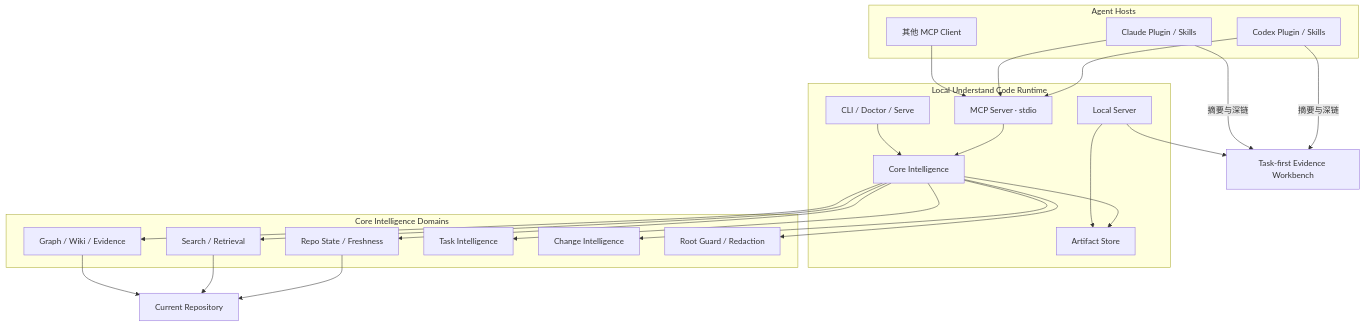
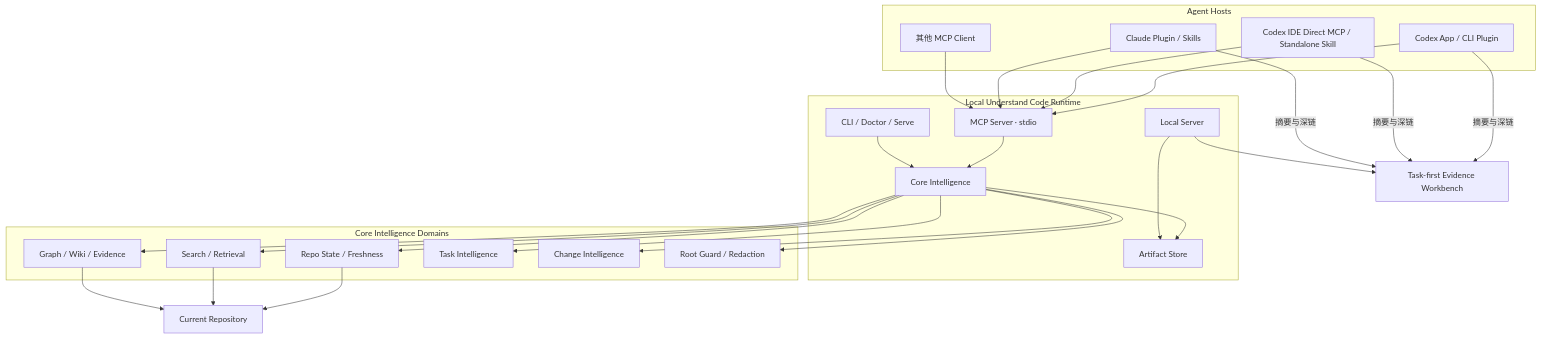
The second of 3 diagrams in docs/prd/2026-07-27-agent-native-change-intelligence-rd-plan.md (chifanjie/Tomato), drawn with Mermaid before and after one commit. The commit also changed other lines of this file and 8 other files, not shown here.

````diff
--- a/docs/prd/2026-07-27-agent-native-change-intelligence-rd-plan.md
+++ b/docs/prd/2026-07-27-agent-native-change-intelligence-rd-plan.md
@@ -480,48 +480,51 @@
 ```mermaid
 flowchart TB
     subgraph Hosts["Agent Hosts"]
-        CX["Codex Plugin / Skills"]
+        CX["Codex App / CLI Plugin"]
+        CXI["Codex IDE Direct MCP / Standalone Skill"]
         CL["Claude Plugin / Skills"]
         OT["其他 MCP Client"]
     end
 
     subgraph Runtime["Local Understand Code Runtime"]
         MCP["MCP Server · stdio"]
         CLI["CLI / Doctor / Serve"]
         LS["Local Server"]
         CORE["Core Intelligence"]
         STORE["Artifact Store"]
     end
 
     subgraph CoreDomains["Core Intelligence Domains"]
         RS["Repo State / Freshness"]
         RET["Search / Retrieval"]
         KG["Graph / Wiki / Evidence"]
         TI["Task Intelligence"]
         CI["Change Intelligence"]
         SEC["Root Guard / Redaction"]
     end
 
     WB["Task-first Evidence Workbench"]
     REPO["Current Repository"]
 
     CX --> MCP
+    CXI --> MCP
     CL --> MCP
     OT --> MCP
     MCP --> CORE
     CLI --> CORE
     CORE --> RS
     CORE --> RET
     CORE --> KG
     CORE --> TI
     CORE --> CI
     CORE --> SEC
     CORE --> STORE
     RS --> REPO
     RET --> REPO
     KG --> REPO
     LS --> STORE
     LS --> WB
     CX -->|"摘要与深链"| WB
+    CXI -->|"摘要与深链"| WB
     CL -->|"摘要与深链"| WB
 ```
````
